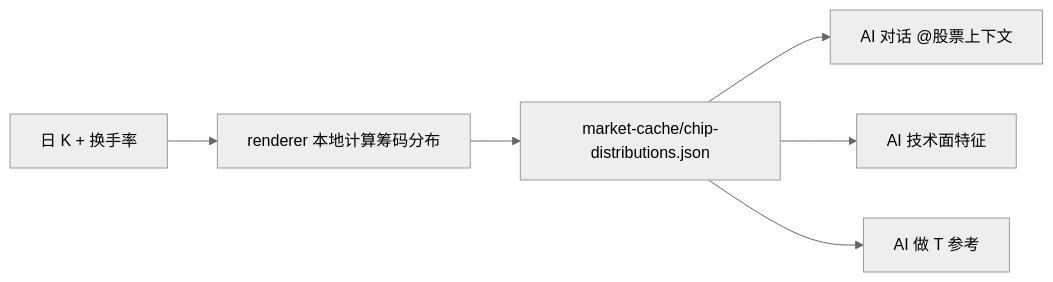
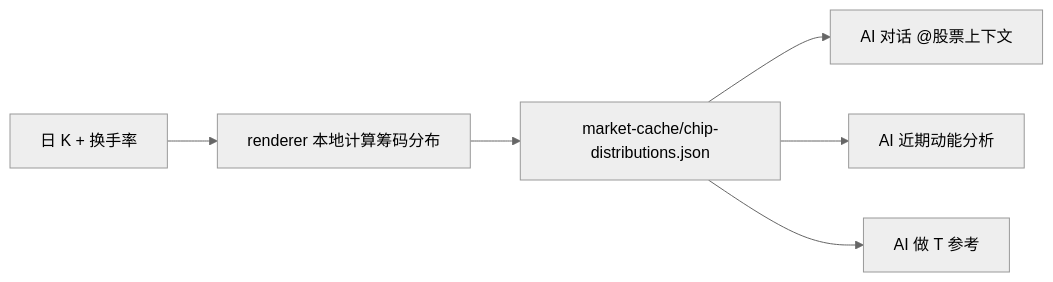
The second of 2 diagrams in docs/wiki/08-ai-extension-points.md (SingleOne/JianZhang), drawn with Mermaid (neutral theme) before and after one commit. The commit also changed other lines of this file and 21 other files, not shown here.

````diff
--- a/docs/wiki/08-ai-extension-points.md
+++ b/docs/wiki/08-ai-extension-points.md
@@ -148,8 +148,8 @@
 ```mermaid
 flowchart LR
     DAILY["日 K + 换手率"] --> CALC["renderer 本地计算筹码分布"]
     CALC --> CACHE["market-cache/chip-distributions.json"]
     CACHE --> CHAT["AI 对话 @股票上下文"]
-    CACHE --> ANALYSIS["AI 技术面特征"]
+    CACHE --> ANALYSIS["AI 近期动能分析"]
     CACHE --> ADVICE["AI 做 T 参考"]
 ```
````
